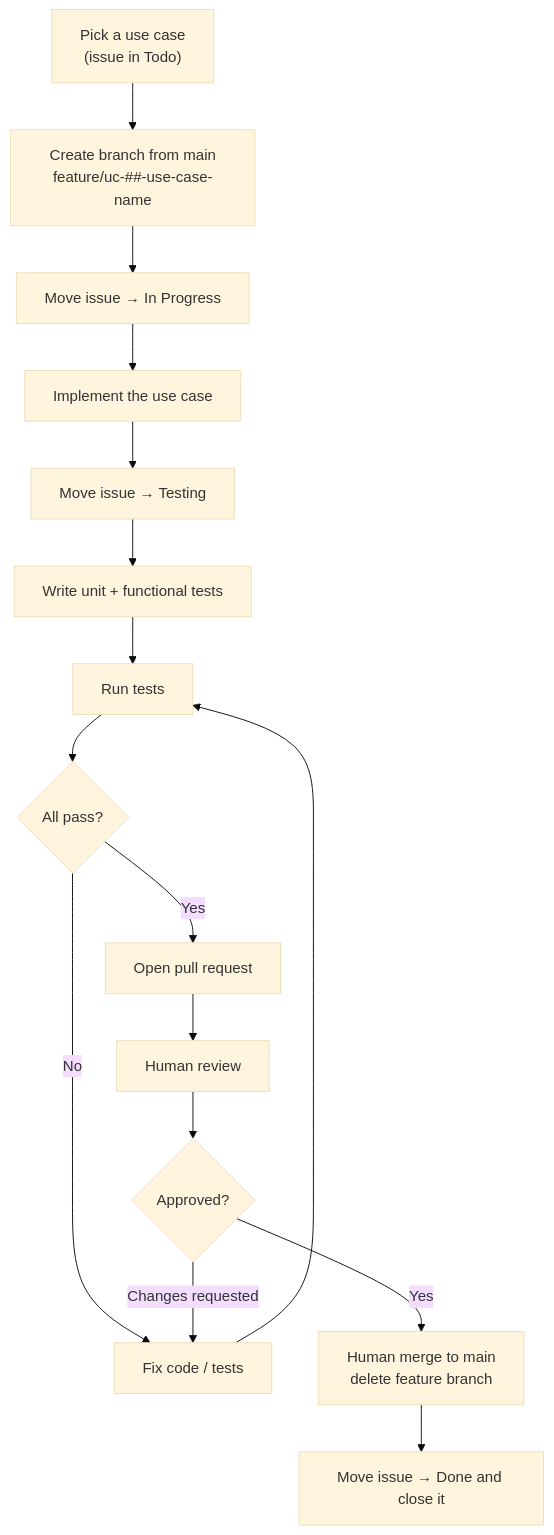
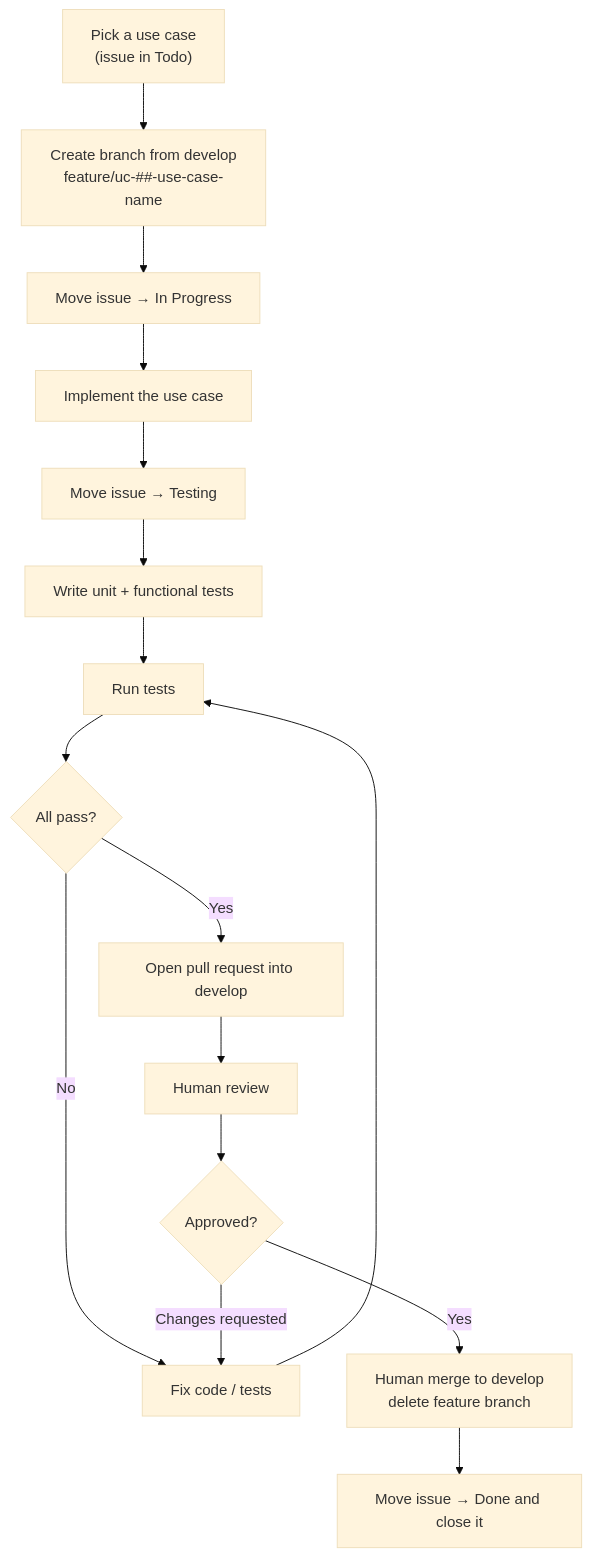
One commit to artur-rios/heimdall-api changed the diagram in docs/requirements/Development Workflow Document.md. Above: the diagram before and after it, drawn with Mermaid (base theme). The commit also changed other lines of this file and 2 other files, not shown here.

First line of the commit message:
docs: branch use cases from develop

````diff
--- a/docs/requirements/Development Workflow Document.md
+++ b/docs/requirements/Development Workflow Document.md
@@ -26,18 +26,18 @@
 ```mermaid
 flowchart TD
-    A["Pick a use case<br/>(issue in Todo)"] --> B["Create branch from main<br/>feature/uc-##-use-case-name"]
+    A["Pick a use case<br/>(issue in Todo)"] --> B["Create branch from develop<br/>feature/uc-##-use-case-name"]
     B --> C["Move issue → In Progress"]
     C --> D["Implement the use case"]
     D --> E["Move issue → Testing"]
     E --> F["Write unit + functional tests"]
     F --> G["Run tests"]
     G --> H{All pass?}
     H -->|No| I["Fix code / tests"]
     I --> G
-    H -->|Yes| J["Open pull request"]
+    H -->|Yes| J["Open pull request into develop"]
     J --> K["Human review"]
     K --> L{Approved?}
     L -->|Changes requested| I
-    L -->|Yes| M["Human merge to main<br/>delete feature branch"]
+    L -->|Yes| M["Human merge to develop<br/>delete feature branch"]
     M --> N["Move issue → Done and close it"]
 ```
````
